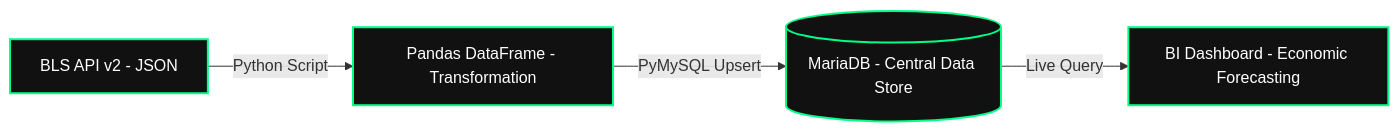
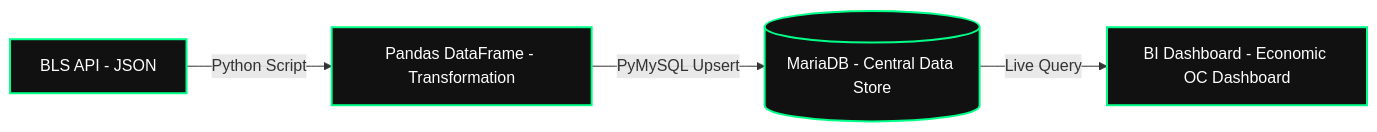
The diagram in README.md (dsrichard97/bls-OC-economic-data-pipeline), drawn with Mermaid before and after one commit.

````diff
--- a/README.md
+++ b/README.md
@@ -24,9 +24,9 @@
 ```mermaid
 graph LR
-    A["BLS API v2 - JSON"] -->|Python Script| B["Pandas DataFrame - Transformation"]
+    A["BLS API - JSON"] -->|Python Script| B["Pandas DataFrame - Transformation"]
     B -->|PyMySQL Upsert| C[("MariaDB - Central Data Store")]
-    C -->|Live Query| D["BI Dashboard - Economic Forecasting"]
+    C -->|Live Query| D["BI Dashboard - Economic OC Dashboard"]
 
     classDef default fill:#111,stroke:#00FF88,stroke-width:2px,color:#FFF;
     class A,B,C,D default;
 ```
````
